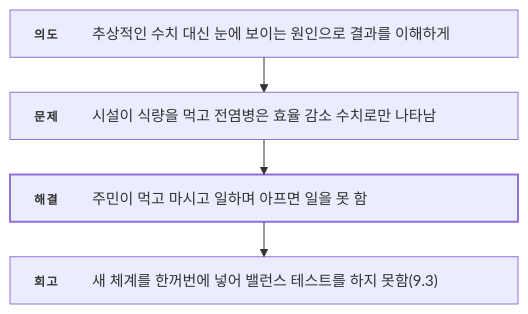
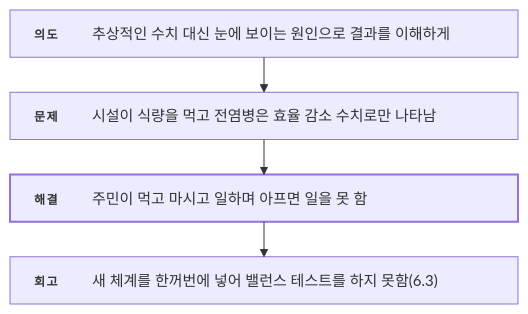
Before and after one commit to ashadeveloperr/ashadeveloperr.github.io: the tenth of 12 diagrams in src/3-desert-settlement/기술문서.md, drawn with Mermaid. The commit also changed other lines of this file and 2 other files, not shown here.

````diff
--- a/src/3-desert-settlement/기술문서.md
+++ b/src/3-desert-settlement/기술문서.md
@@ -469,18 +505,18 @@
 ```mermaid
 ---
 config:
   layout: elk
   flowchart:
     wrappingWidth: 520
     padding: 12
 ---
 flowchart TB
   %% feature-flow — _local/flow-diagrams.py가 만듦
   I["<div style='width:460px;display:flex;gap:14px;align-items:baseline;text-align:left;white-space:normal'><span style='flex:0 0 44px;padding-top:2px;font-size:12px;font-weight:700;letter-spacing:.12em;color:var(--accent-ink)'>의도</span><span style='flex:1;font-size:15px;line-height:1.55;color:var(--ink)'>추상적인 수치 대신 눈에 보이는 원인으로 결과를 이해하게</span></div>"]
   P["<div style='width:460px;display:flex;gap:14px;align-items:baseline;text-align:left;white-space:normal'><span style='flex:0 0 44px;padding-top:2px;font-size:12px;font-weight:700;letter-spacing:.12em;color:var(--accent-ink)'>문제</span><span style='flex:1;font-size:15px;line-height:1.55;color:var(--ink)'>시설이 식량을 먹고 전염병은 효율 감소 수치로만 나타남</span></div>"]
   S["<div style='width:460px;display:flex;gap:14px;align-items:baseline;text-align:left;white-space:normal'><span style='flex:0 0 44px;padding-top:2px;font-size:12px;font-weight:700;letter-spacing:.12em;color:var(--accent-ink)'>해결</span><span style='flex:1;font-size:15px;line-height:1.55;color:var(--ink)'>주민이 먹고 마시고 일하며 아프면 일을 못 함</span></div>"]
-  R["<div style='width:460px;display:flex;gap:14px;align-items:baseline;text-align:left;white-space:normal'><span style='flex:0 0 44px;padding-top:2px;font-size:12px;font-weight:700;letter-spacing:.12em;color:var(--accent-ink)'>회고</span><span style='flex:1;font-size:15px;line-height:1.55;color:var(--ink)'>새 체계를 한꺼번에 넣어 밸런스 테스트를 하지 못함(9.3)</span></div>"]
+  R["<div style='width:460px;display:flex;gap:14px;align-items:baseline;text-align:left;white-space:normal'><span style='flex:0 0 44px;padding-top:2px;font-size:12px;font-weight:700;letter-spacing:.12em;color:var(--accent-ink)'>회고</span><span style='flex:1;font-size:15px;line-height:1.55;color:var(--ink)'>새 체계를 한꺼번에 넣어 밸런스 테스트를 하지 못함(6.3)</span></div>"]
   I --> P --> S --> R
   classDef key stroke-width:2px
   class S key
 ```
````
